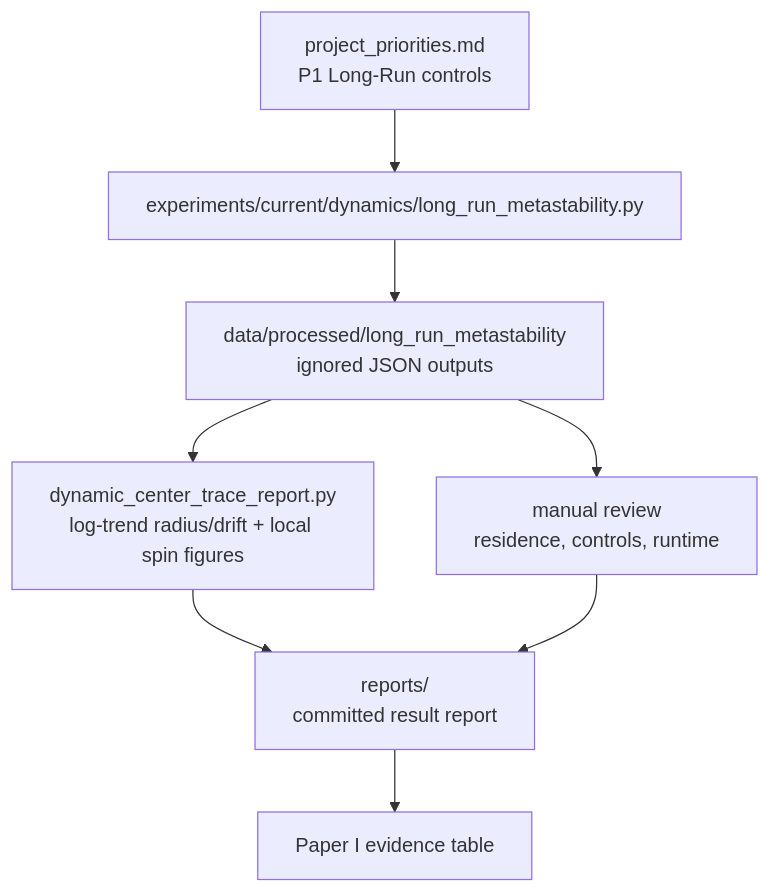
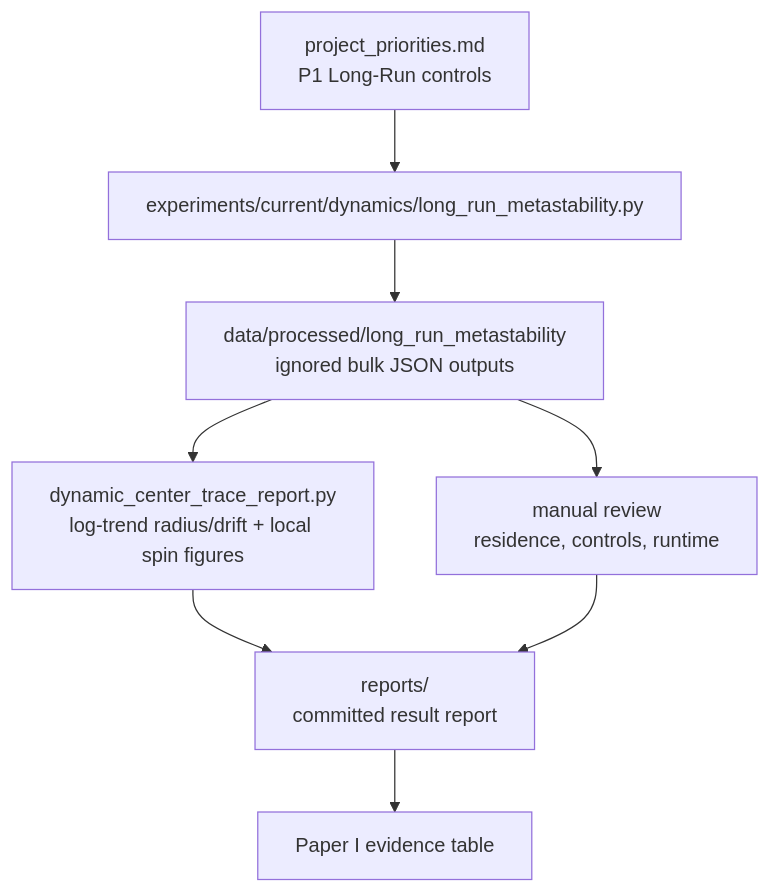
Before and after one commit to MemoryDynamics/Knoten: the fourth of 4 diagrams in docs/reference/repository_map.md, drawn with Mermaid. The commit also changed other lines of this file and 10 other files, not shown here.

````diff
--- a/docs/reference/repository_map.md
+++ b/docs/reference/repository_map.md
@@ -108,10 +108,10 @@
 ```mermaid
 flowchart TD
     plan["project_priorities.md<br/>P1 Long-Run controls"] --> runner["experiments/current/dynamics/long_run_metastability.py"]
-    runner --> local["data/processed/long_run_metastability<br/>ignored JSON outputs"]
+    runner --> local["data/processed/long_run_metastability<br/>ignored bulk JSON outputs"]
     local --> trace_review["dynamic_center_trace_report.py<br/>log-trend radius/drift + local spin figures"]
     local --> review["manual review<br/>residence, controls, runtime"]
     trace_review --> report["reports/<br/>committed result report"]
     review --> report["reports/<br/>committed result report"]
     report --> paper1["Paper I evidence table"]
 ```
````
